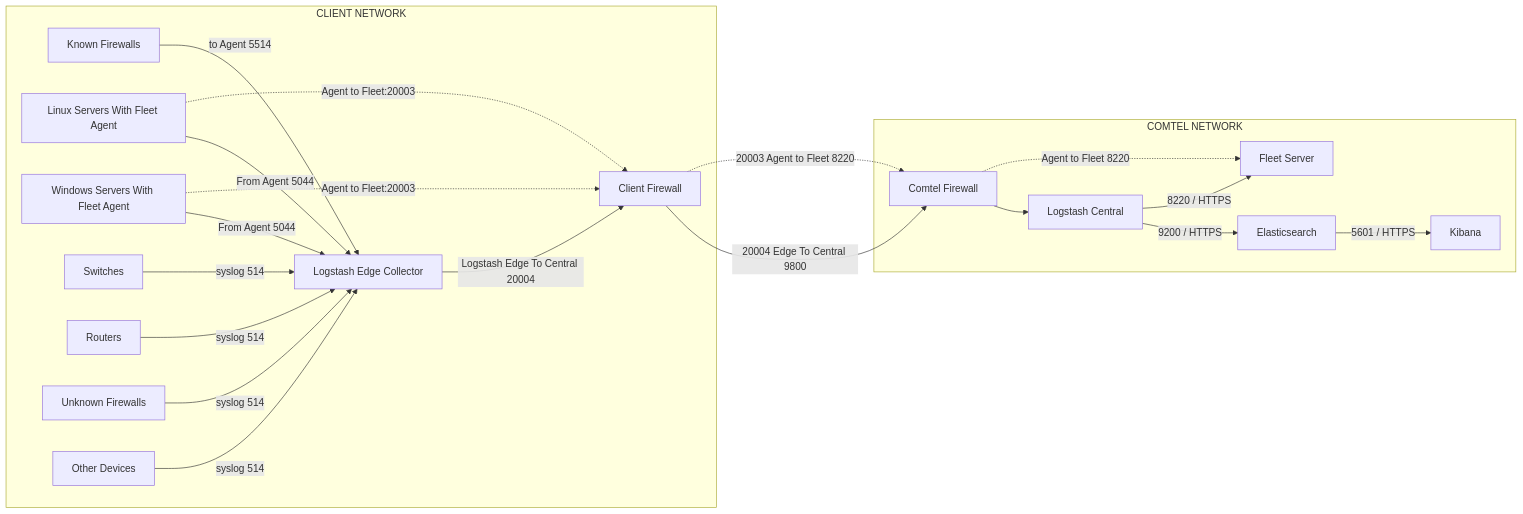
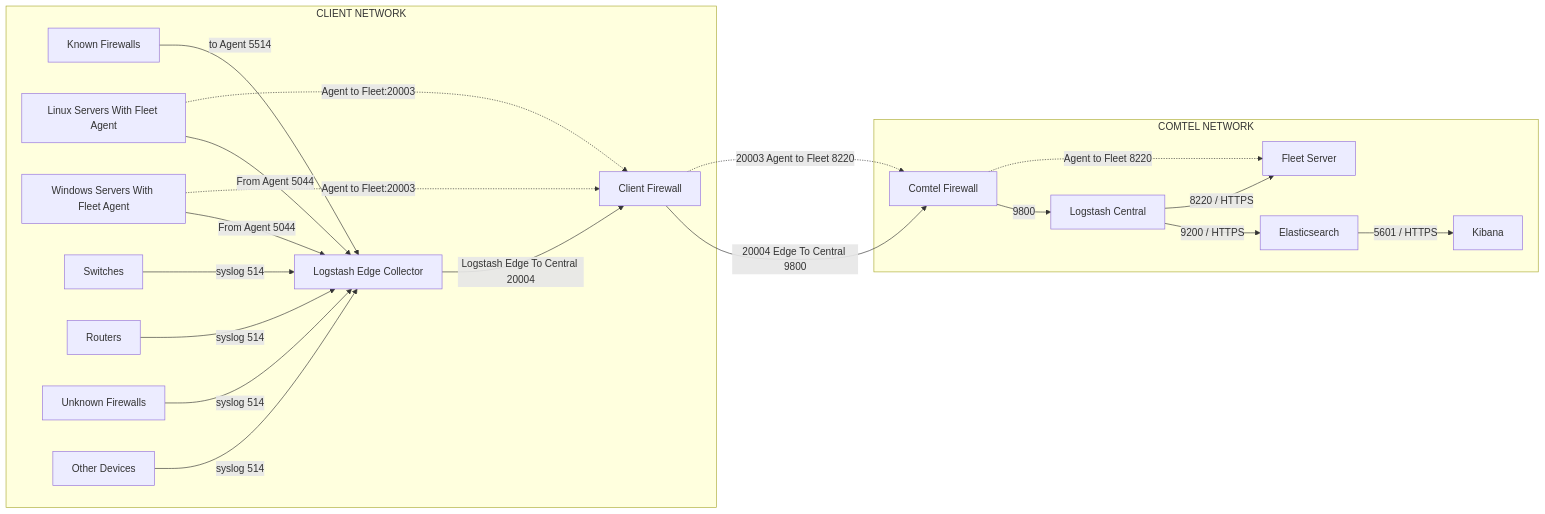
One commit to bhautik-comtel/ELK-config changed the diagram in README.md. Above: the diagram before and after it, drawn with Mermaid.

````diff
--- a/README.md
+++ b/README.md
@@ -20,68 +20,68 @@
 ```mermaid
 flowchart LR
 
 %% =========================
 %% CLIENT NETWORK
 %% =========================
 subgraph CLIENT["CLIENT NETWORK"]
 
     KFW["Known Firewalls"]
     LNX["Linux Servers With Fleet Agent"]
     WIN["Windows Servers With Fleet Agent"]
     SW["Switches"]
     RTR["Routers"]
     FW["Unknown Firewalls"]
     OTH["Other Devices"]
 
 
     EDGE["Logstash Edge Collector"]
 
     FW --  "syslog 514" --> EDGE
     KFW -- "to Agent 5514" --> EDGE
     LNX -- "From Agent 5044" --> EDGE
     WIN -- "From Agent 5044" --> EDGE
     SW --  "syslog 514" --> EDGE
     RTR -- "syslog 514" --> EDGE
     OTH -- "syslog 514" --> EDGE
 
     CFW["Client Firewall"]
 
     EDGE -- "Logstash Edge To Central 20004" --> CFW
 end
 
 %% =========================
 %% WAN / INTERNET
 %% =========================
 
 
 
 %% =========================
 %% COMTEL NETWORK
 %% =========================
 subgraph COMTEL["COMTEL NETWORK"]
 
     COMFW["Comtel Firewall"]
 
     CENTRAL["Logstash Central"]
 
     ES["Elasticsearch"]
 
     KB["Kibana"]
 
     FLEET["Fleet Server"]
 
-    COMFW --> CENTRAL
+    COMFW -- "9800" --> CENTRAL
 
     CENTRAL -- "9200 / HTTPS" --> ES
 
     ES -- "5601 / HTTPS" --> KB
 
     CENTRAL -- "8220 / HTTPS" --> FLEET
 end
 
 CFW -- "20004 Edge To Central 9800" --> COMFW
 
 WIN -. "Agent to Fleet:20003" .-> CFW
 LNX -. "Agent to Fleet:20003" .-> CFW
 CFW -. "20003 Agent to Fleet 8220" .-> COMFW -."Agent to Fleet 8220".-> FLEET
 ```
````
